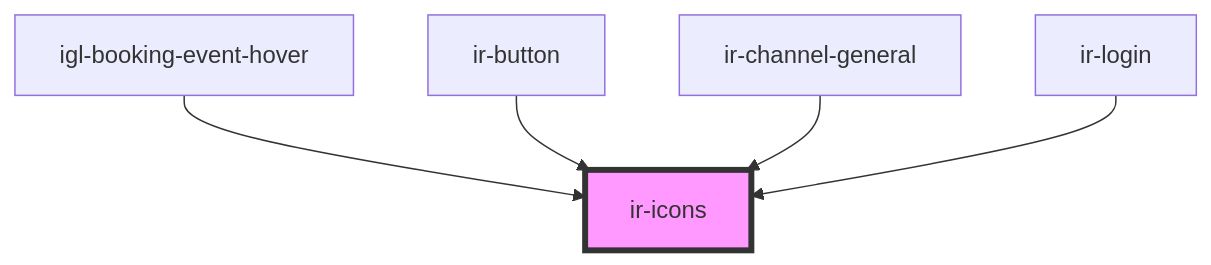
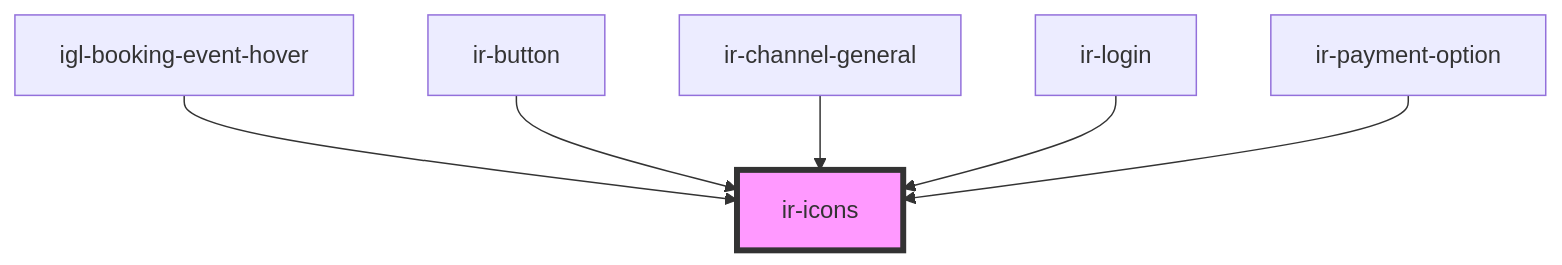
The diagram in src/components/ui/ir-icons/readme.md (David1Chowaifaty/modified-ir-webcmp), drawn with Mermaid before and after one commit. The commit also changed other lines of this file and 41 other files, not shown here.

Commit message:
finished the the listing header and payment option

````diff
--- a/src/components/ui/ir-icons/readme.md
+++ b/src/components/ui/ir-icons/readme.md
@@ -26,8 +27,9 @@
 ```mermaid
 graph TD;
   igl-booking-event-hover --> ir-icons
   ir-button --> ir-icons
   ir-channel-general --> ir-icons
   ir-login --> ir-icons
+  ir-payment-option --> ir-icons
   style ir-icons fill:#f9f,stroke:#333,stroke-width:4px
 ```
````
